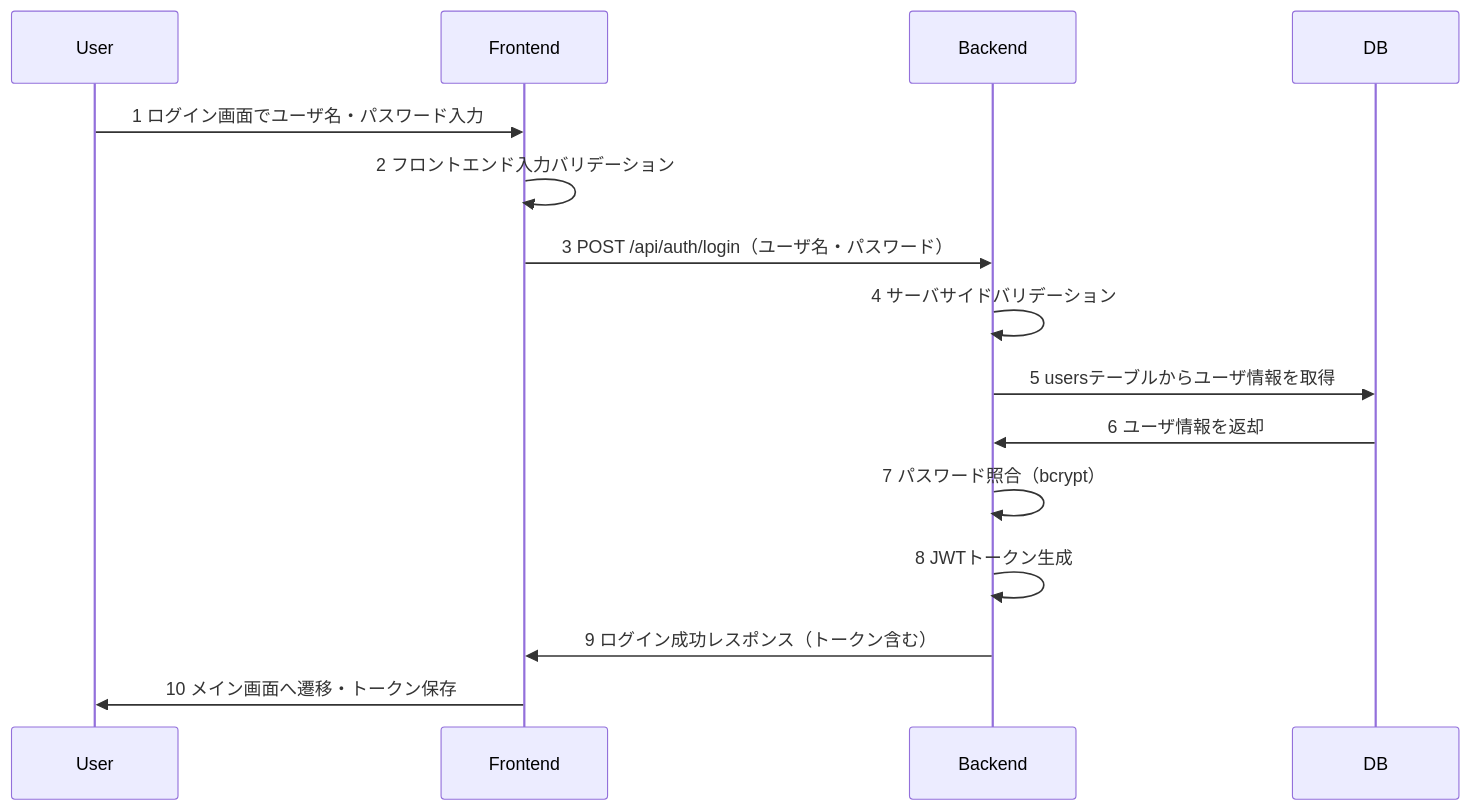
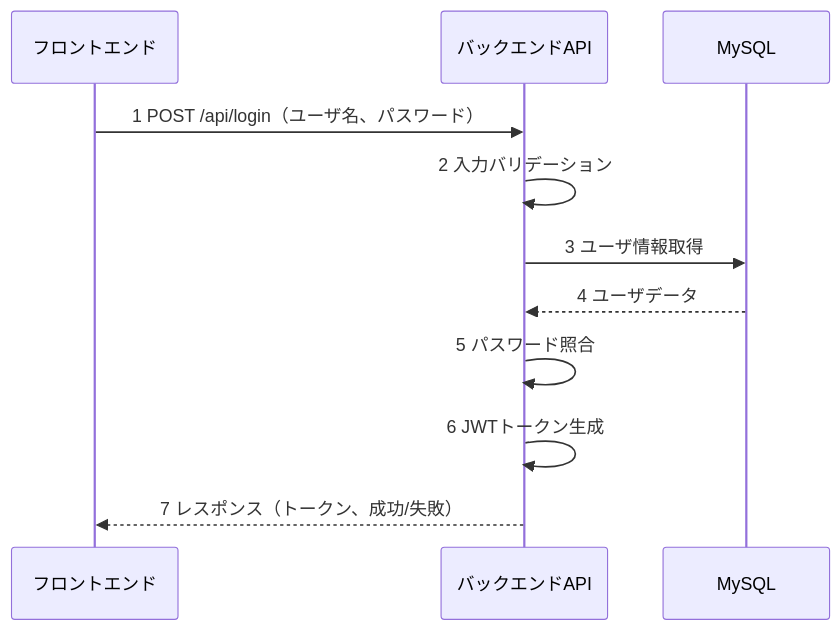
One commit to HatoriIchigo/C3-cli-full changed the first of 2 diagrams in sample/detail/func/ログイン.U02.md. Above: the diagram before and after it, drawn with Mermaid. The commit also changed other lines of this file and 31 other files, not shown here.

````diff
--- a/sample/detail/func/ログイン.U02.md
+++ b/sample/detail/func/ログイン.U02.md
@@ -8,18 +8,14 @@
 ```mermaid
 sequenceDiagram
-    participant User
-    participant Frontend
-    participant Backend
-    participant DB
+    participant UI as フロントエンド
+    participant API as バックエンドAPI
+    participant DB as MySQL
 
-    User->>Frontend: 1 ログイン画面でユーザ名・パスワード入力
-    Frontend->>Frontend: 2 フロントエンド入力バリデーション
-    Frontend->>Backend: 3 POST /api/auth/login（ユーザ名・パスワード）
-    Backend->>Backend: 4 サーバサイドバリデーション
-    Backend->>DB: 5 usersテーブルからユーザ情報を取得
-    DB->>Backend: 6 ユーザ情報を返却
-    Backend->>Backend: 7 パスワード照合（bcrypt）
-    Backend->>Backend: 8 JWTトークン生成
-    Backend->>Frontend: 9 ログイン成功レスポンス（トークン含む）
-    Frontend->>User: 10 メイン画面へ遷移・トークン保存
+    UI->>API: 1 POST /api/login（ユーザ名、パスワード）
+    API->>API: 2 入力バリデーション
+    API->>DB: 3 ユーザ情報取得
+    DB-->>API: 4 ユーザデータ
+    API->>API: 5 パスワード照合
+    API->>API: 6 JWTトークン生成
+    API-->>UI: 7 レスポンス（トークン、成功/失敗）
 ```
````
